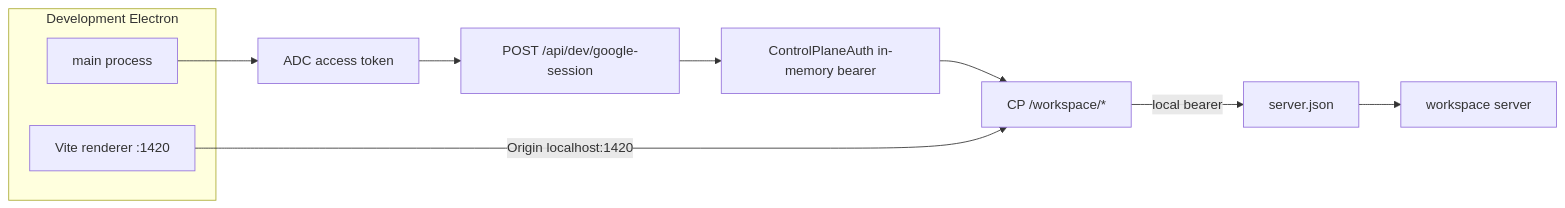
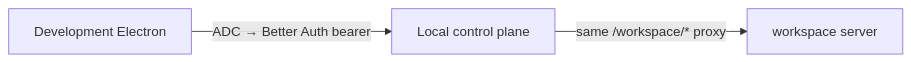
Before and after one commit to cashew-labs/halo: the second of 2 diagrams in specs/dev-electron-control-plane.md, drawn with Mermaid. The commit also changed other lines of this file, not shown here.

First line of the commit message:
Narrow the spec to routing development Electron through the control plane.

````diff
--- a/specs/dev-electron-control-plane.md
+++ b/specs/dev-electron-control-plane.md
@@ -34,20 +27,9 @@
 ```mermaid
 flowchart LR
-  subgraph electron [Development Electron]
-    Main[main process]
-    Vite[Vite renderer :1420]
-  end
-  Adc[ADC access token]
-  Session["POST /api/dev/google-session"]
-  Auth[ControlPlaneAuth in-memory bearer]
-  Gateway["CP /workspace/*"]
-  ServerJson[server.json]
-  Ws[workspace server]
-  Main --> Adc --> Session --> Auth
-  Auth --> Gateway
-  Vite -->|"Origin localhost:1420"| Gateway
-  Gateway -->|"local bearer"| ServerJson --> Ws
-  %% ref node:Main [[apps/electron/src/main/main.ts#createDesktopAuthentication]]
-  %% ref node:Gateway [[apps/control-plane/src/workspace/proxy.ts#WorkspaceGateway.serve]]
-  %% ref node:ServerJson [[apps/control-plane/src/workspace/WorkspaceService.ts#WorkspaceService.getConnection]]
+  E[Development Electron]
+  E -->|"ADC → Better Auth bearer"| CP[Local control plane]
+  CP -->|"same /workspace/* proxy"| W[workspace server]
+  %% ref node:E [[apps/electron/src/main/main.ts#createDesktopAuthentication]]
+  %% ref node:CP [[apps/control-plane/src/workspace/proxy.ts#WorkspaceGateway.serve]]
+  %% ref node:W [[apps/control-plane/src/workspace/WorkspaceService.ts#WorkspaceService.getConnection]]
 ```
````
